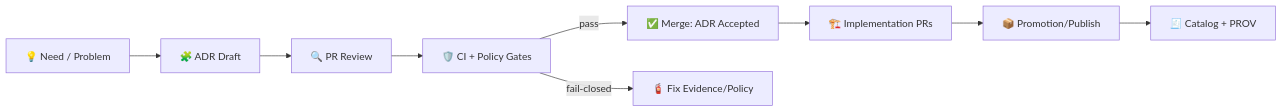
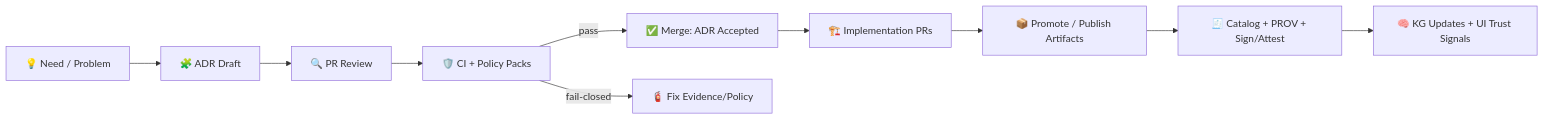
The second of 2 diagrams in docs/architecture/adr/README.md (bartytime4life/Kansas-Frontier-Matrix), drawn with Mermaid before and after one commit. The commit also changed other lines of this file, not shown here.

````diff
--- a/docs/architecture/adr/README.md
+++ b/docs/architecture/adr/README.md
@@ -185,11 +289,12 @@
 ```mermaid
 flowchart LR
   A[💡 Need / Problem] --> B[🧩 ADR Draft]
   B --> C[🔍 PR Review]
-  C --> D[🛡️ CI + Policy Gates]
+  C --> D[🛡️ CI + Policy Packs]
   D -->|pass| E[✅ Merge: ADR Accepted]
   D -->|fail-closed| F[🧯 Fix Evidence/Policy]
   E --> G[🏗️ Implementation PRs]
-  G --> H[📦 Promotion/Publish]
-  H --> I[🧾 Catalog + PROV]
+  G --> H[📦 Promote / Publish Artifacts]
+  H --> I[🧾 Catalog + PROV + Sign/Attest]
+  I --> J[🧠 KG Updates + UI Trust Signals]
 ```
````
